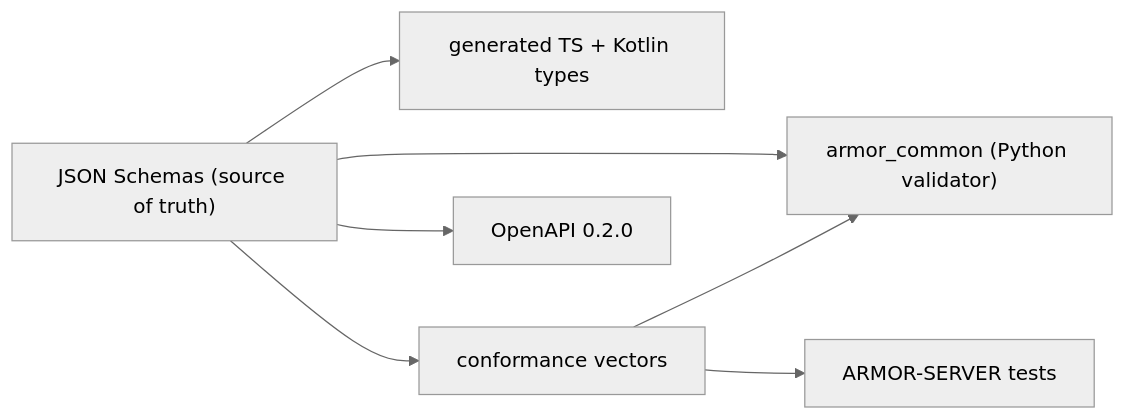
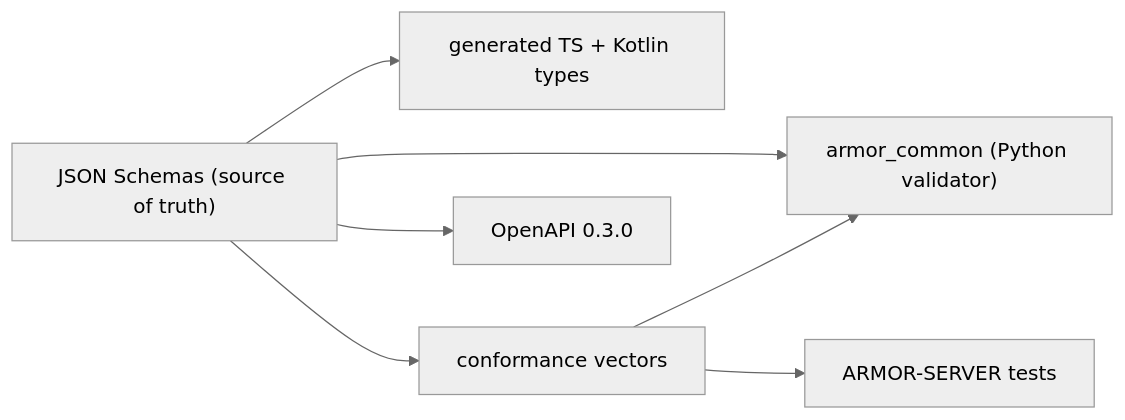
Before and after one commit to JuanenRac/ARMOR-COMMON: the diagram in README.md, drawn with Mermaid (neutral theme). The commit also changed other lines of this file and 6 other files, not shown here.

````diff
--- a/README.md
+++ b/README.md
@@ -39,9 +39,9 @@
 ```mermaid
 flowchart LR
     S["JSON Schemas (source of truth)"] --> P["armor_common (Python validator)"]
     S --> G["generated TS + Kotlin types"]
     S --> V["conformance vectors"]
     V --> P
     V --> T["ARMOR-SERVER tests"]
-    S --> O["OpenAPI 0.2.0"]
+    S --> O["OpenAPI 0.3.0"]
 ```
````
